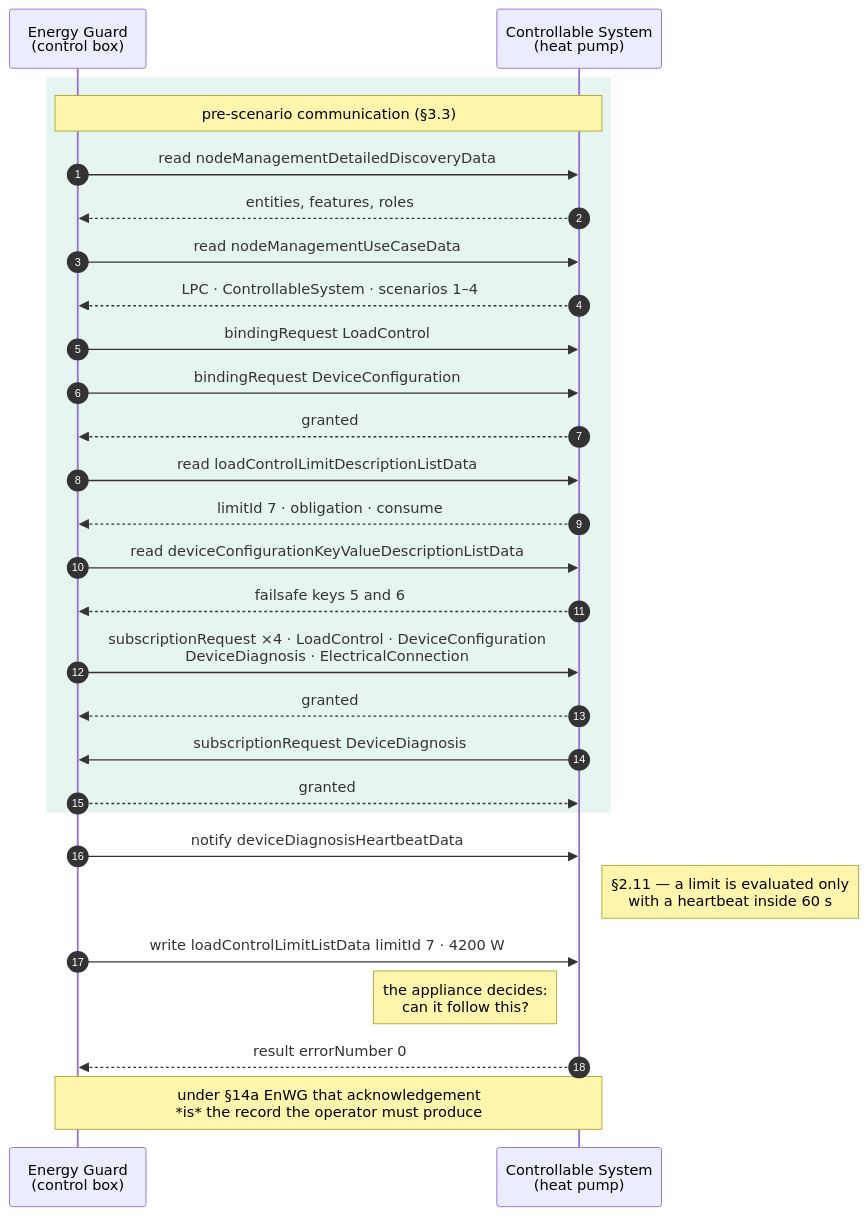
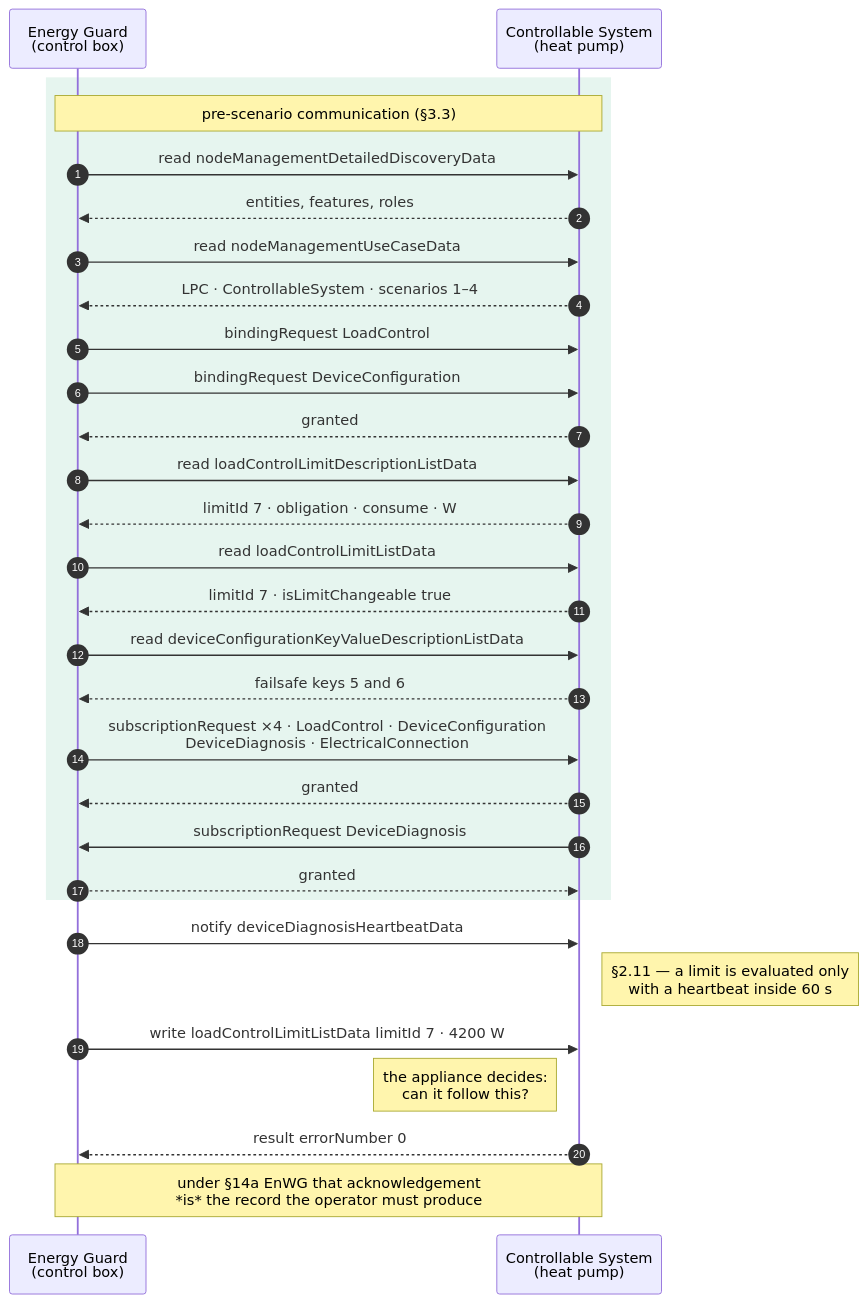
One commit to hupe1980/eebus changed the first of 2 diagrams in site/content/docs/limitation.md. Above: the diagram before and after it, drawn with Mermaid. The commit also changed other lines of this file and 33 other files, not shown here.

````diff
--- a/site/content/docs/limitation.md
+++ b/site/content/docs/limitation.md
@@ -20,32 +20,34 @@
 ```mermaid
 sequenceDiagram
   autonumber
   participant EG as Energy Guard<br>(control box)
   participant CS as Controllable System<br>(heat pump)
 
   rect rgb(230, 245, 239)
     Note over EG,CS: pre-scenario communication (§3.3)
     EG->>CS: read nodeManagementDetailedDiscoveryData
     CS-->>EG: entities, features, roles
     EG->>CS: read nodeManagementUseCaseData
     CS-->>EG: LPC · ControllableSystem · scenarios 1–4
     EG->>CS: bindingRequest LoadControl
     EG->>CS: bindingRequest DeviceConfiguration
     CS-->>EG: granted
     EG->>CS: read loadControlLimitDescriptionListData
-    CS-->>EG: limitId 7 · obligation · consume
+    CS-->>EG: limitId 7 · obligation · consume · W
+    EG->>CS: read loadControlLimitListData
+    CS-->>EG: limitId 7 · isLimitChangeable true
     EG->>CS: read deviceConfigurationKeyValueDescriptionListData
     CS-->>EG: failsafe keys 5 and 6
     EG->>CS: subscriptionRequest ×4 · LoadControl · DeviceConfiguration<br>DeviceDiagnosis · ElectricalConnection
     CS-->>EG: granted
     CS->>EG: subscriptionRequest DeviceDiagnosis
     EG-->>CS: granted
   end
 
   EG->>CS: notify deviceDiagnosisHeartbeatData
   Note right of CS: §2.11 — a limit is evaluated only<br>with a heartbeat inside 60 s
   EG->>CS: write loadControlLimitListData limitId 7 · 4200 W
   Note left of CS: the appliance decides:<br>can it follow this?
   CS-->>EG: result errorNumber 0
   Note over EG,CS: under §14a EnWG that acknowledgement<br>*is* the record the operator must produce
 ```
````
